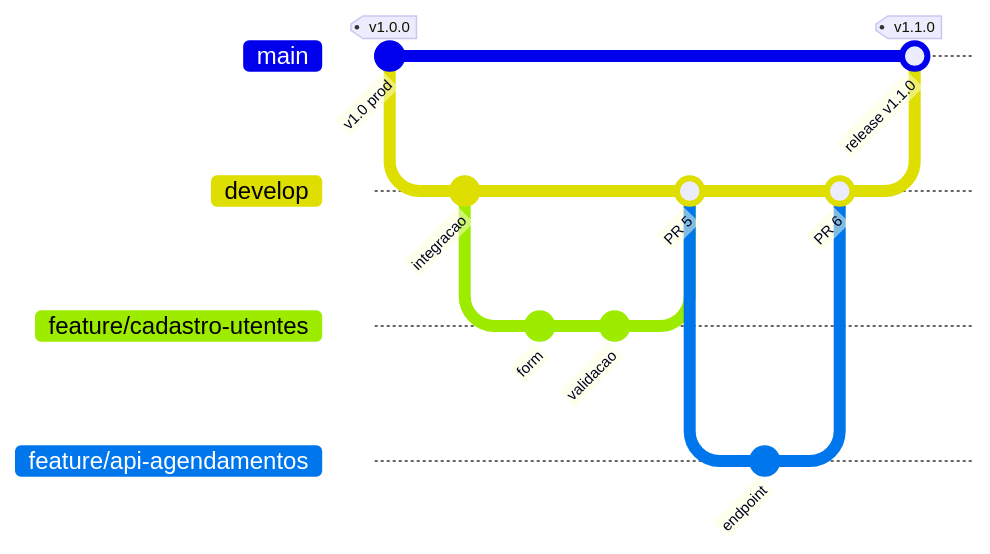
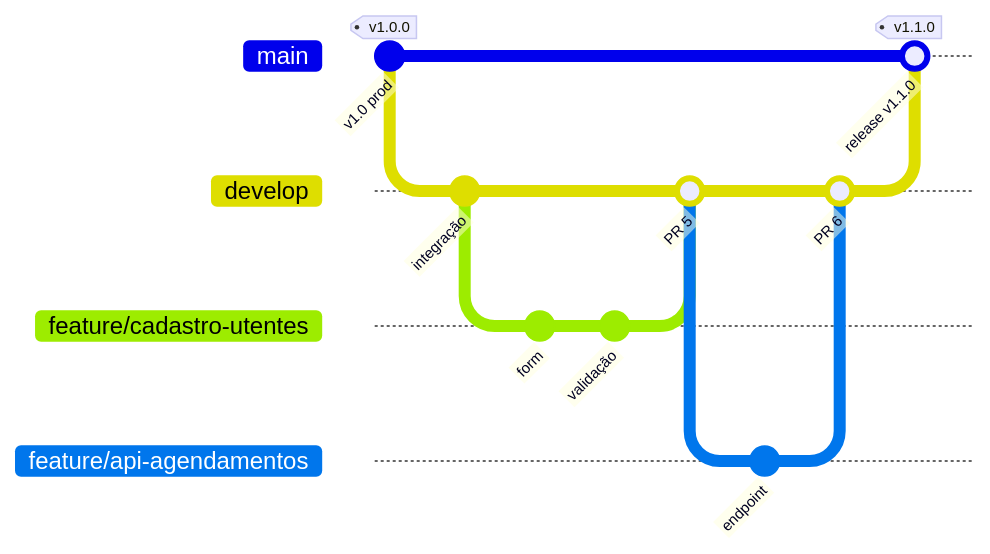
The first of 3 diagrams in 08-Workflows-Profissionais/02-Workflow-Cuidar-Angola.md (BerniloBernardo-boot/Git-e-GitHub), drawn with Mermaid before and after one commit. The commit also changed other lines of this file and 13 other files, not shown here.

Commit message:
docs: traduz elementos explicativos dos diagramas para PT-PT

````diff
--- a/08-Workflows-Profissionais/02-Workflow-Cuidar-Angola.md
+++ b/08-Workflows-Profissionais/02-Workflow-Cuidar-Angola.md
@@ -15,17 +15,17 @@
 ```mermaid
 gitGraph
     commit id: "v1.0 prod" tag: "v1.0.0"
     branch develop
-    commit id: "integracao"
+    commit id: "integração"
     branch feature/cadastro-utentes
     commit id: "form"
-    commit id: "validacao"
+    commit id: "validação"
     checkout develop
     merge feature/cadastro-utentes id: "PR 5"
     branch feature/api-agendamentos
     commit id: "endpoint"
     checkout develop
     merge feature/api-agendamentos id: "PR 6"
     checkout main
     merge develop id: "release v1.1.0" tag: "v1.1.0"
 ```
````
